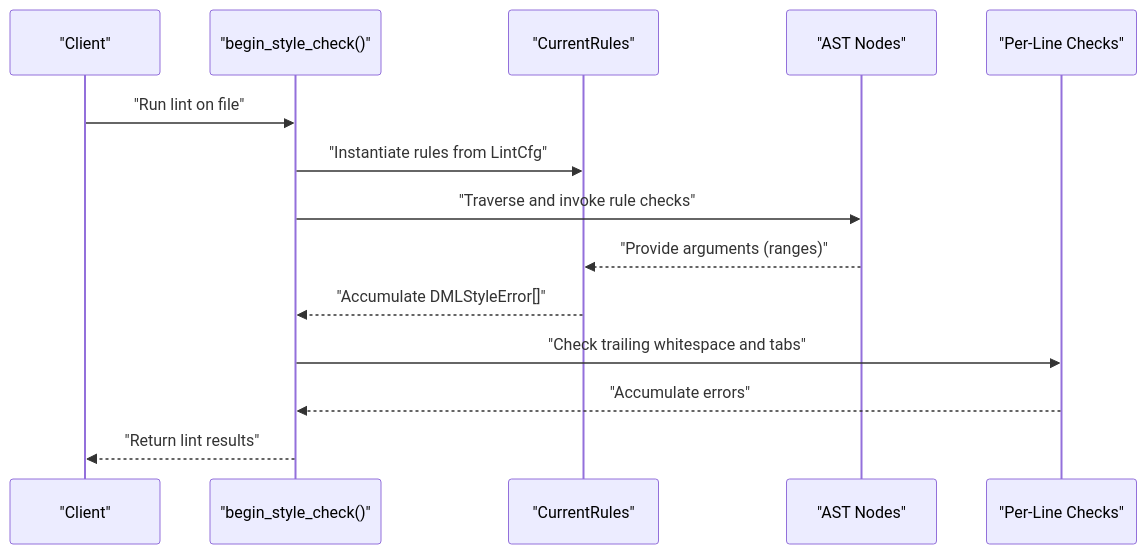
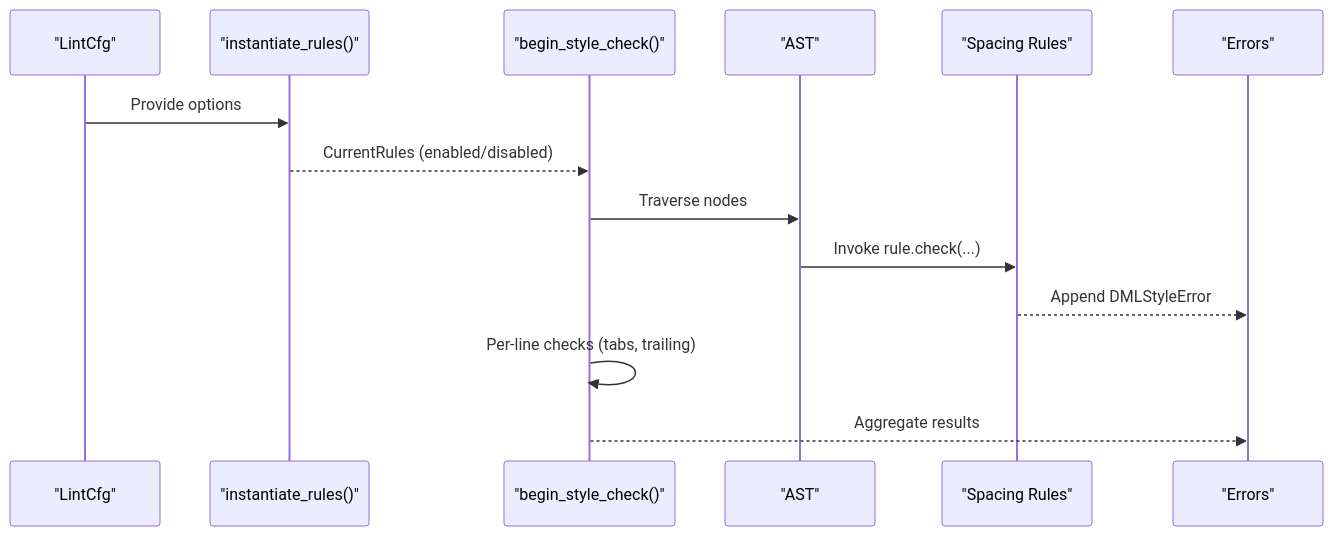
The second of 3 diagrams in .qoder/repowiki/en/content/Linting System/Spacing Rules.md (fenghaitao/dml-language-server), drawn with Mermaid before and after one commit. The commit also changed other lines of this file and 119 other files, not shown here.

````diff
--- a/.qoder/repowiki/en/content/Linting System/Spacing Rules.md
+++ b/.qoder/repowiki/en/content/Linting System/Spacing Rules.md
@@ -108,16 +155,16 @@
 ```mermaid
 sequenceDiagram
-participant Client as "Client"
-participant Lint as "begin_style_check()"
-participant Rules as "CurrentRules"
-participant AST as "AST Nodes"
-participant Line as "Per-Line Checks"
-Client->>Lint : "Run lint on file"
-Lint->>Rules : "Instantiate rules from LintCfg"
-Lint->>AST : "Traverse and invoke rule checks"
-AST-->>Rules : "Provide arguments (ranges)"
-Rules-->>Lint : "Accumulate DMLStyleError[]"
-Lint->>Line : "Check trailing whitespace and tabs"
-Line-->>Lint : "Accumulate errors"
-Lint-->>Client : "Return lint results"
+participant CFG as "LintCfg"
+participant INST as "instantiate_rules()"
+participant PIPE as "begin_style_check()"
+participant AST as "AST"
+participant R as "Spacing Rules"
+participant ERR as "Errors"
+CFG->>INST : Provide options
+INST-->>PIPE : CurrentRules (enabled/disabled)
+PIPE->>AST : Traverse nodes
+AST->>R : Invoke rule.check(...)
+R-->>ERR : Append DMLStyleError
+PIPE->>PIPE : Per-line checks (tabs, trailing)
+PIPE-->>ERR : Aggregate results
 ```
````
